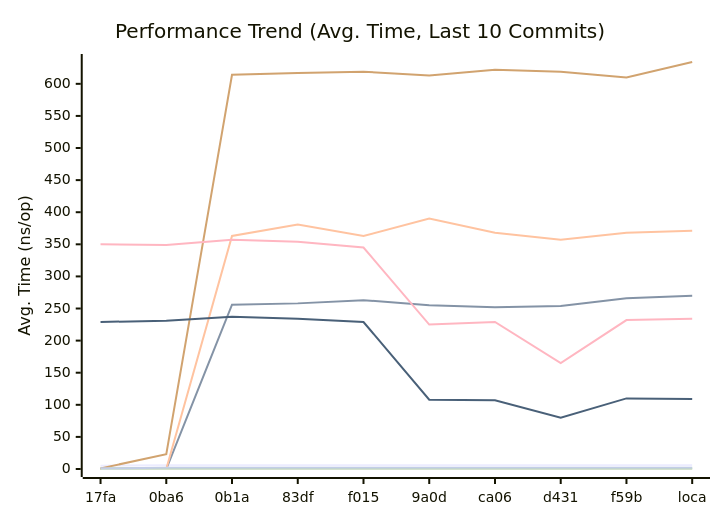
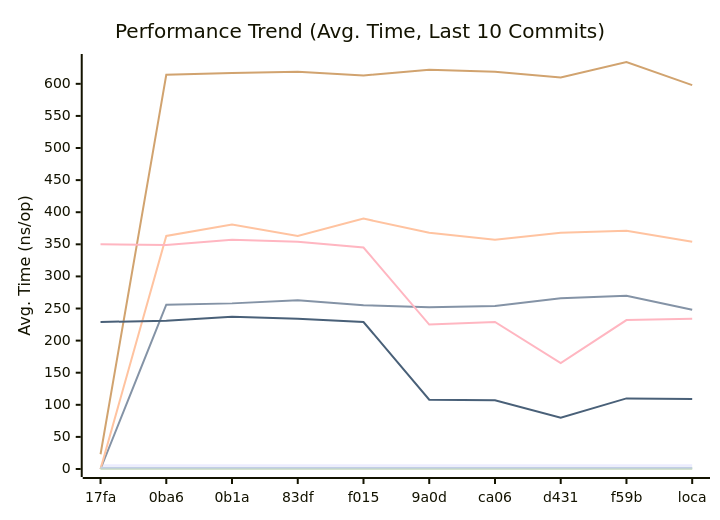
The first of 3 diagrams in docs/PERFORMANCE.md (alsotoes/momo), drawn with Mermaid before and after one commit. The commit also changed other lines of this file and 2 other files, not shown here.

````diff
--- a/docs/PERFORMANCE.md
+++ b/docs/PERFORMANCE.md
@@ -80,16 +80,16 @@
 ```mermaid
 xychart-beta
     title "Performance Trend (Avg. Time, Last 10 Commits)"
     x-axis "Commit"
     y-axis "Avg. Time (ns/op)"
     x-axis [17fa,0ba6,0b1a,83df,f015,9a0d,ca06,d431,f59b,loca]
-    line "CheckMetricsAndSwap" [5,6,6,6,6,6,6,6,6,6]
-    line "CrushOptimized" [0,0,256,258,263,255,252,254,266,270]
-    line "CrushOriginal" [0,0,363,381,363,390,368,357,368,371]
+    line "CheckMetricsAndSwap" [6,6,6,6,6,6,6,6,6,6]
+    line "CrushOptimized" [0,256,258,263,255,252,254,266,270,248]
+    line "CrushOriginal" [0,363,381,363,390,368,357,368,371,354]
     line "IndexDirectTracking" [0,0,0,0,0,0,0,0,0,0]
     line "IndexSearch" [1,1,1,1,1,1,1,1,1,1]
-    line "LoadGlobalConfig" [1,23,614,617,619,613,622,619,610,634]
-    line "PadString" [1,2,2,2,2,2,2,2,2,2]
+    line "LoadGlobalConfig" [23,614,617,619,613,622,619,610,634,598]
+    line "PadString" [2,2,2,2,2,2,2,2,2,2]
     line "ParseReplicationOrder_NoPrealloc" [350,349,357,354,345,225,229,165,232,234]
     line "ParseReplicationOrder_Prealloc" [229,231,237,234,229,108,107,80,110,109]
 ```
````
